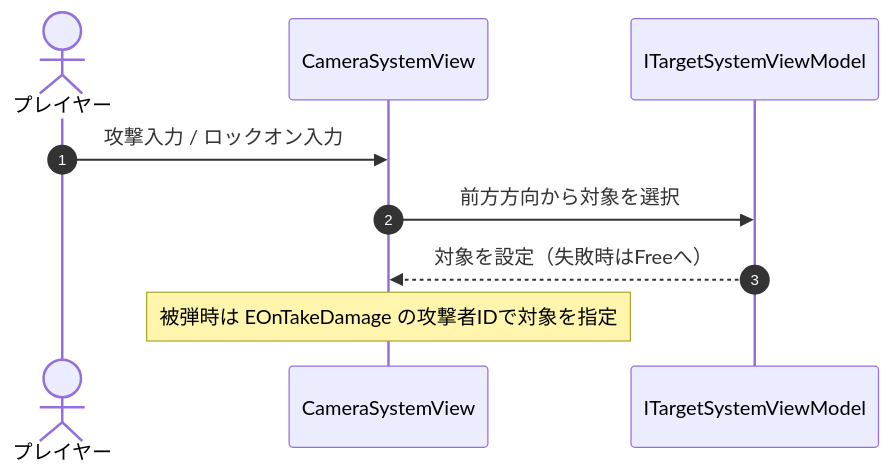
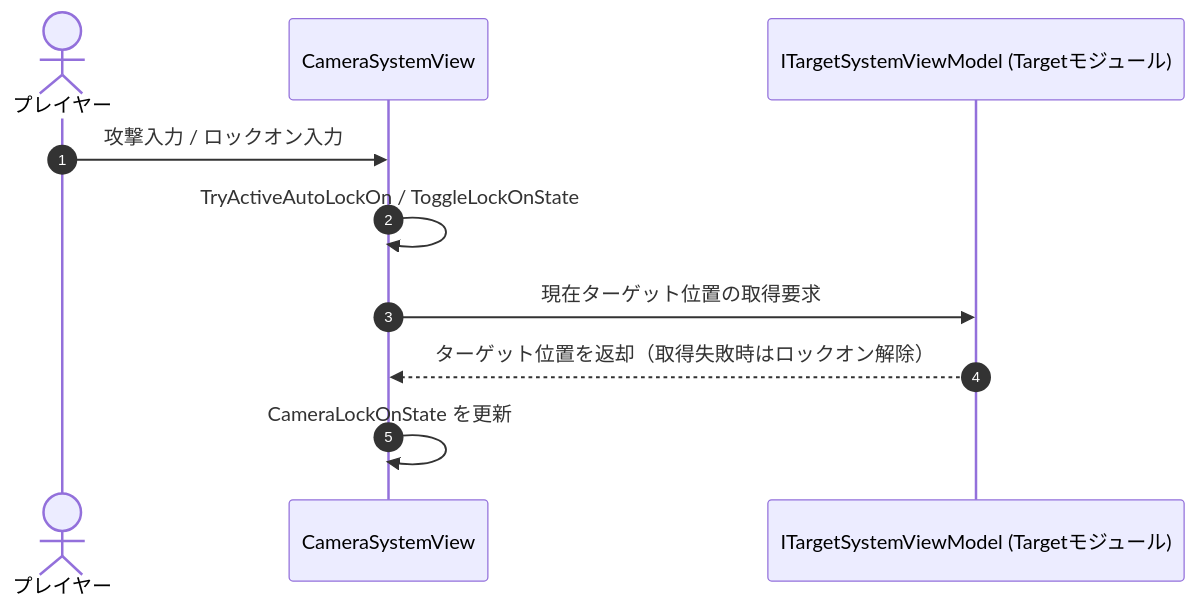
The third of 3 diagrams in Assets/Docs/ScriptsDocs/Modules/NotionModuleDocs/Camera.md (HIBIKI5201/SymphonyKillChord), drawn with Mermaid before and after one commit. The commit also changed other lines of this file and 2383 other files, not shown here.

````diff
--- a/Assets/Docs/ScriptsDocs/Modules/NotionModuleDocs/Camera.md
+++ b/Assets/Docs/ScriptsDocs/Modules/NotionModuleDocs/Camera.md
@@ -154,12 +130,13 @@
 ```mermaid
 sequenceDiagram
     autonumber
     actor Player as プレイヤー
     participant CSView as CameraSystemView
-    participant TargetVM as ITargetSystemViewModel
+    participant TargetVM as ITargetSystemViewModel (Targetモジュール)
 
     Player ->> CSView: 攻撃入力 / ロックオン入力
-    CSView ->> TargetVM: 前方方向から対象を選択
-    TargetVM -->> CSView: 対象を設定（失敗時はFreeへ）
-    Note over CSView: 被弾時は EOnTakeDamage の攻撃者IDで対象を指定
+    CSView ->> CSView: TryActiveAutoLockOn / ToggleLockOnState
+    CSView ->> TargetVM: 現在ターゲット位置の取得要求
+    TargetVM -->> CSView: ターゲット位置を返却（取得失敗時はロックオン解除）
+    CSView ->> CSView: CameraLockOnState を更新
 ```
````
